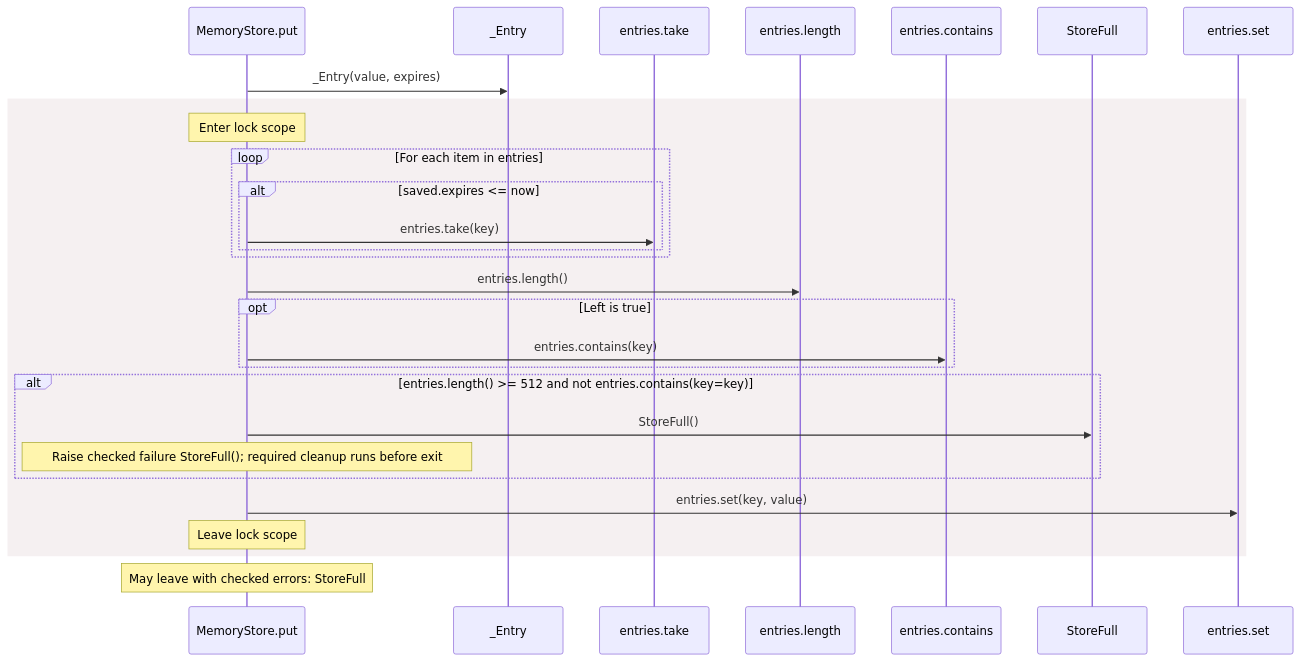
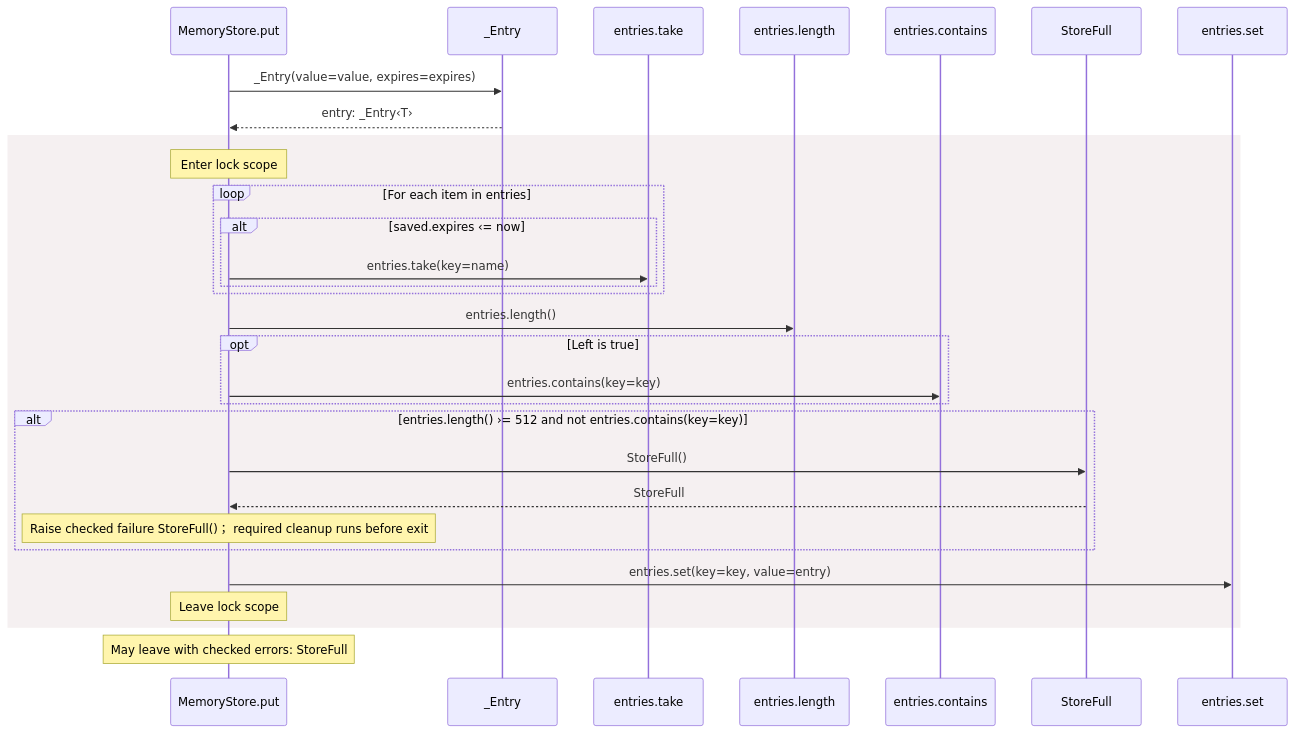
The fourth of 6 diagrams in docs/examples/oidc-login/dependencies/packages/@git/url_0eb7c89453c87681ed15/0.0.0-git.a39fc582565d4fca40be4f75fa304d71adc69301/store-diagrams.md (GreenPandaStudios/augscript), drawn with Mermaid before and after one commit. The commit also changed other lines of this file and 524 other files, not shown here.

Commit message:
Explain checked data flow at folder and service levels

````diff
--- a/docs/examples/oidc-login/dependencies/packages/@git/url_0eb7c89453c87681ed15/0.0.0-git.a39fc582565d4fca40be4f75fa304d71adc69301/store-diagrams.md
+++ b/docs/examples/oidc-login/dependencies/packages/@git/url_0eb7c89453c87681ed15/0.0.0-git.a39fc582565d4fca40be4f75fa304d71adc69301/store-diagrams.md
@@ -138,30 +107,32 @@
 ```mermaid
 sequenceDiagram
     participant p0 as MemoryStore.put
     participant p1 as _Entry
     participant p2 as entries.take
     participant p3 as entries.length
     participant p4 as entries.contains
     participant p5 as StoreFull
     participant p6 as entries.set
-    p0->>p1: _Entry(value, expires)
+    p0->>p1: _Entry(value=value, expires=expires)
+    p1-->>p0: entry: _Entry‹T›
     rect rgb(245, 240, 241)
     Note over p0: Enter lock scope
     loop For each item in entries
-    alt saved.expires #60;= now
-    p0->>p2: entries.take(key)
+    alt saved.expires ‹= now
+    p0->>p2: entries.take(key=name)
     end
     end
     p0->>p3: entries.length()
     opt Left is true
-    p0->>p4: entries.contains(key)
+    p0->>p4: entries.contains(key=key)
     end
-    alt entries.length() #62;= 512 and not entries.contains(key=key)
+    alt entries.length() ›= 512 and not entries.contains(key=key)
     p0->>p5: StoreFull()
-    Note over p0: Raise checked failure StoreFull()#59; required cleanup runs before exit
+    p5-->>p0: StoreFull
+    Note over p0: Raise checked failure StoreFull()； required cleanup runs before exit
     end
-    p0->>p6: entries.set(key, value)
+    p0->>p6: entries.set(key=key, value=entry)
     Note over p0: Leave lock scope
     end
     Note over p0: May leave with checked errors: StoreFull
 ```
````
